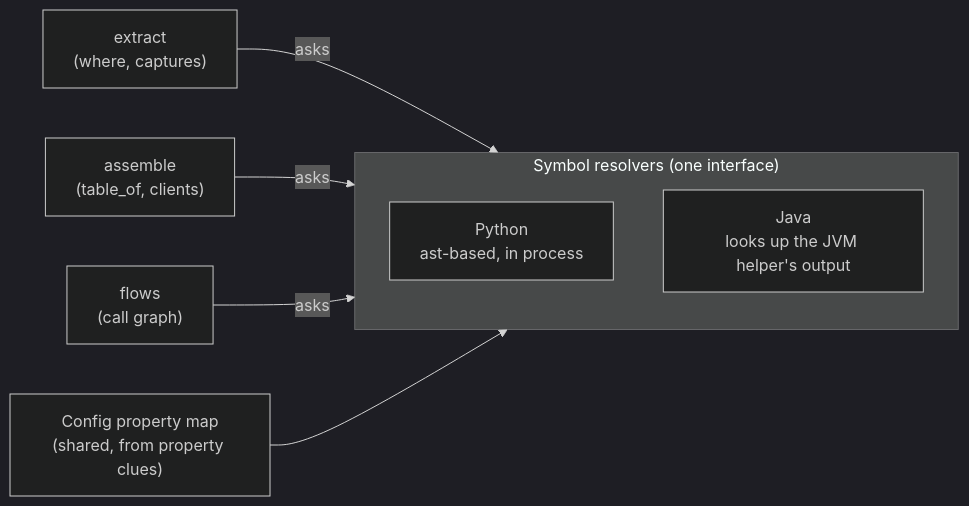
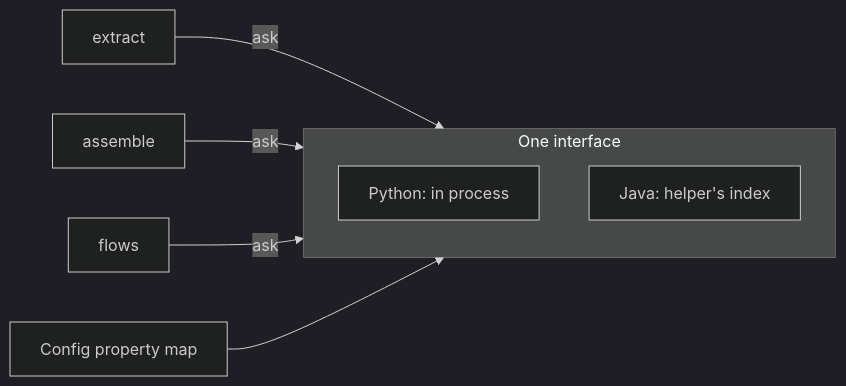
The first of 2 diagrams in docs/how-it-works/ingestion/resolvers.md (KBavis/steno), drawn with Mermaid (dark theme) before and after one commit. The commit also changed other lines of this file and 35 other files, not shown here.

First line of the commit message:
docs: simplify the docs and record D150 (flows-first routing)

````diff
--- a/docs/how-it-works/ingestion/resolvers.md
+++ b/docs/how-it-works/ingestion/resolvers.md
@@ -11,11 +11,9 @@
 ```mermaid
 flowchart LR
-    X["extract<br/>(where, captures)"] -- asks --> R
-    A["assemble<br/>(table_of, clients)"] -- asks --> R
-    F["flows<br/>(call graph)"] -- asks --> R
-    subgraph R["Symbol resolvers (one interface)"]
-      PY["Python<br/>ast-based, in process"]
-      JV["Java<br/>looks up the JVM helper's output"]
+    X["extract"] & A["assemble"] & F["flows"] -- ask --> R
+    subgraph R["One interface"]
+      PY["Python: in process"]
+      JV["Java: helper's index"]
     end
-    CFG["Config property map<br/>(shared, from property clues)"] --> R
+    CFG["Config property map"] --> R
 ```
````
